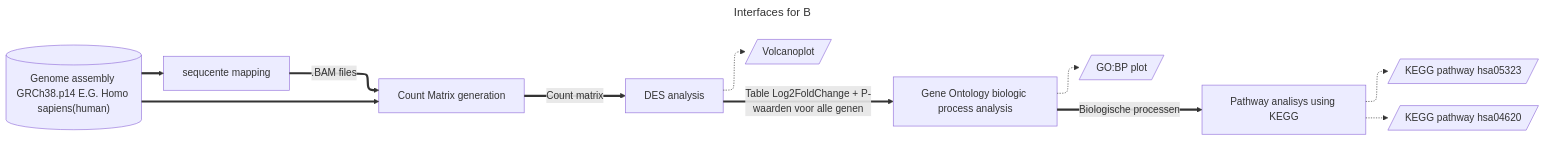
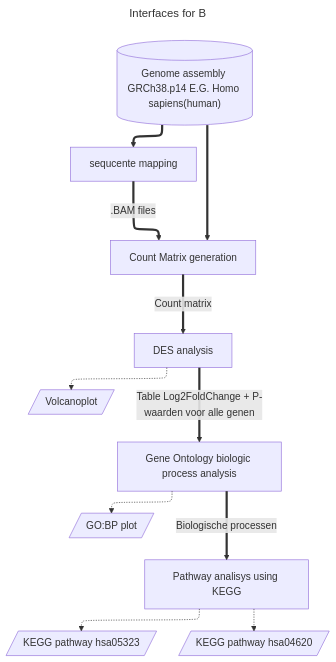
One commit to Quantum-Coder826/J2P4casusTranscriptomics changed the diagram in README.md. Above: the diagram before and after it, drawn with Mermaid.

Commit message:
Changed direction to TD

````diff
--- a/README.md
+++ b/README.md
@@ -38,36 +38,36 @@
 ```mermaid
 ---
 title: Interfaces for B
 ---
 %%{init: {'flowchart': {'defaultRenderer': 'elk'}}}%%
 
-flowchart-elk LR;
+flowchart-elk TD;
   
   HG38[("Genome assembly GRCh38.p14 E.G. Homo sapiens(human)")] 
   HG38 ==> seq_map;
   HG38 ====> matrix;
     
   seq_map[sequcente mapping] ==>|".BAM files"| matrix;
   matrix[Count Matrix generation] ==>|"Count matrix"| data_ana;
   
   data_ana[DES analysis] ==>|"Table Log2FoldChange + P-waarden voor alle genen"| GO_ana;
   data_ana -.-> Volcano[/Volcanoplot/];
   
   GO_ana[Gene Ontology biologic process analysis] ==>|"Biologische processen"| KEGG_ana;
   GO_ana -.-> GO_plot[/GO:BP plot/];
   
   KEGG_ana[Pathway analisys using KEGG];
   KEGG_ana -.-> KEGG_hsa05323[/KEGG pathway hsa05323/]
   KEGG_ana -.-> KEGG_hsa04620[/KEGG pathway hsa04620/]
     
   click seq_map "https://github.com/Quantum-Coder826/J2P4casusTranscriptomics/blob/main/scripts/seq_mapping.R";
   click matrix "https://github.com/Quantum-Coder826/J2P4casusTranscriptomics/blob/main/scripts/count_matrix.R";
   click data_ana "https://github.com/Quantum-Coder826/J2P4casusTranscriptomics/blob/main/scripts/data_ana.R";
   click GO_ana "https://github.com/Quantum-Coder826/J2P4casusTranscriptomics/blob/main/scripts/GO_analysis.R";
   click KEGG_ana "https://github.com/Quantum-Coder826/J2P4casusTranscriptomics/blob/main/scripts/KEGG_analysis.R";
   
   click HG38 "https://www.ncbi.nlm.nih.gov/datasets/genome/GCF_000001405.40/";
   
   classDef hidden display: none;
 
 ```
````
